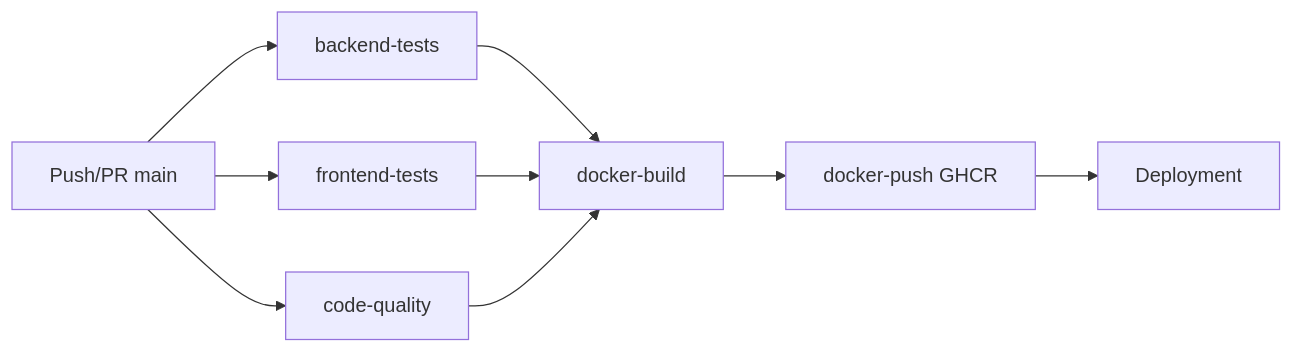
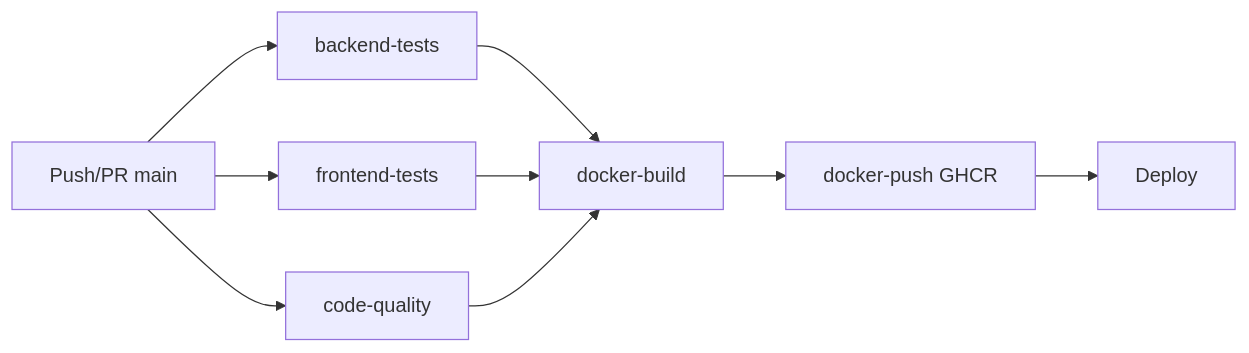
One commit to Oggye/MSPR_1_B3 changed the fourth of 4 diagrams in docs/rapport_technique.md. Above: the diagram before and after it, drawn with Mermaid.

Commit message:
commit sur la docs

````diff
--- a/docs/rapport_technique.md
+++ b/docs/rapport_technique.md
@@ -399,11 +399,11 @@
 ```mermaid
 graph LR
   A[Push/PR main] --> B[backend-tests]
   A --> C[frontend-tests]
   A --> D[code-quality]
   B --> E[docker-build]
   C --> E
   D --> E
   E --> F[docker-push GHCR]
-  F --> G[Deployment]
+  F --> G[Deploy]
 ```
````
